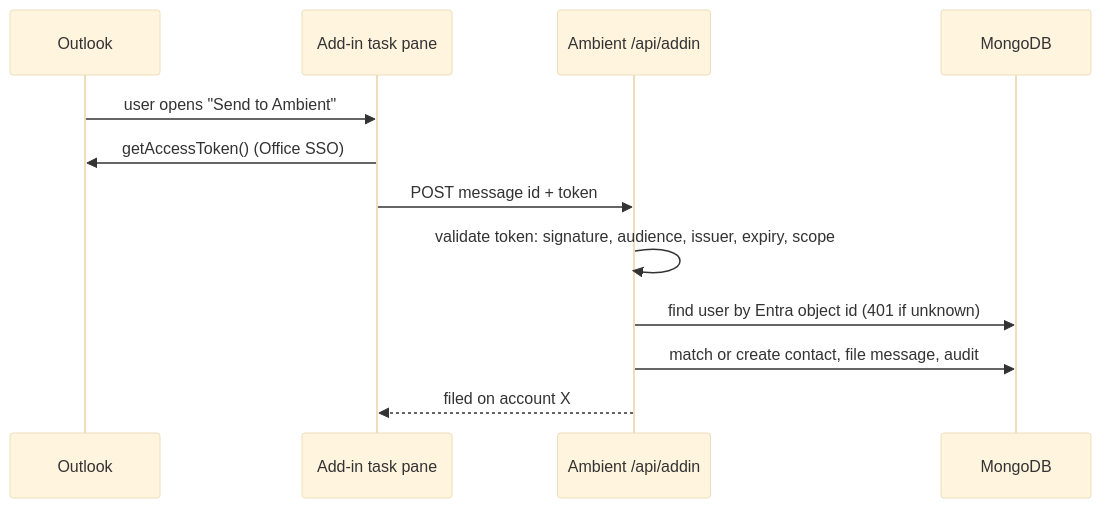
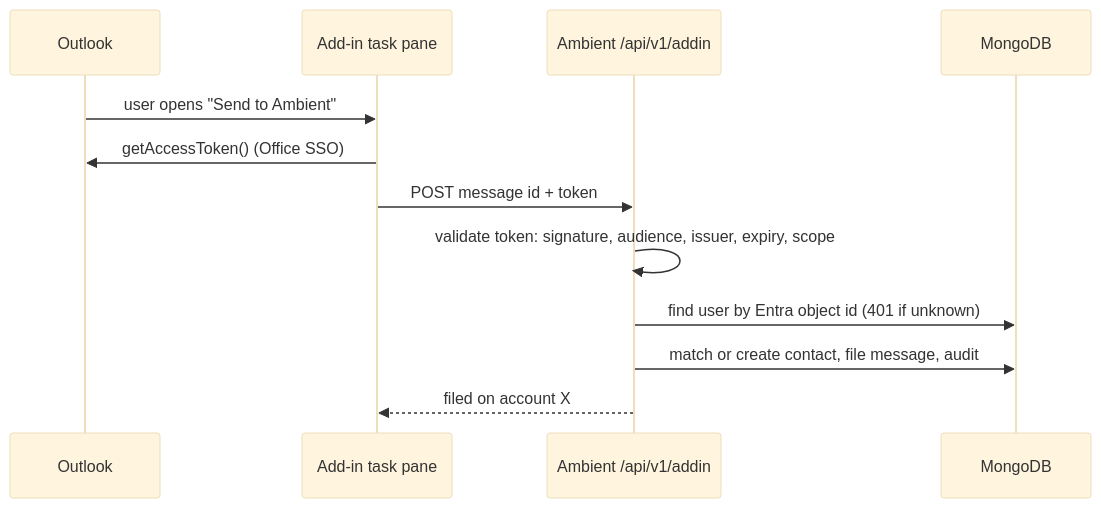
One commit to sonishivam1/ambient-crm changed the third of 3 diagrams in docs/architecture/integrations.md. Above: the diagram before and after it, drawn with Mermaid (base theme). The commit also changed 10 other files, not shown here.

````diff
--- a/docs/architecture/integrations.md
+++ b/docs/architecture/integrations.md
@@ -93,14 +93,14 @@
 ```mermaid
 sequenceDiagram
   participant O as Outlook
   participant A as Add-in task pane
-  participant API as Ambient /api/addin
+  participant API as Ambient /api/v1/addin
   participant DB as MongoDB
   O->>A: user opens "Send to Ambient"
   A->>O: getAccessToken() (Office SSO)
   A->>API: POST message id + token
   API->>API: validate token: signature, audience, issuer, expiry, scope
   API->>DB: find user by Entra object id (401 if unknown)
   API->>DB: match or create contact, file message, audit
   API-->>A: filed on account X
 ```
````
